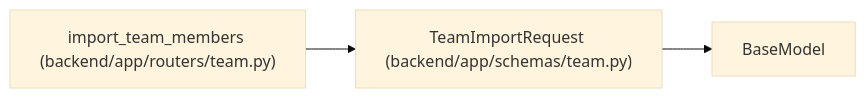
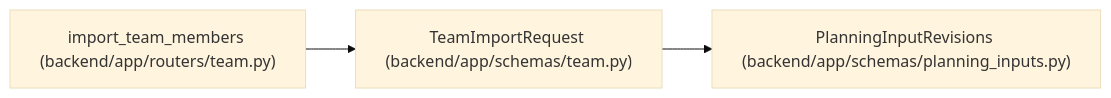
Before and after one commit to Denissvgn/WorkChord: the diagram in docs/llm_wiki/entities/TeamImportRequest.md, drawn with Mermaid (base theme). The commit also changed other lines of this file and 6624 other files, not shown here.

````diff
--- a/docs/llm_wiki/entities/TeamImportRequest.md
+++ b/docs/llm_wiki/entities/TeamImportRequest.md
@@ -25,10 +25,11 @@
 ```mermaid
 flowchart LR
     n0["TeamImportRequest (backend/app/schemas/team.py)"]
-    n1["BaseModel"]
+    n1["PlanningInputRevisions (backend/app/schemas/planning_inputs.py)"]
     n2["import_team_members (backend/app/routers/team.py)"]
     n0 --> n1
     n2 --> n0
     click n0 "../modules/schemas_team.md"
+    click n1 "../modules/planning_inputs.md"
     click n2 "../modules/routers_team.md"
 ```
````
